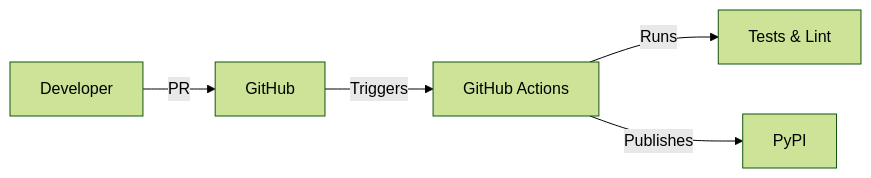
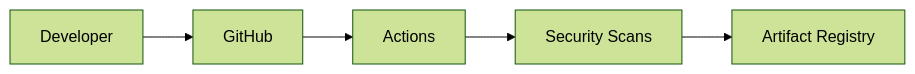
One commit to xvnpw/ai-security-analyzer changed the third of 3 diagrams in examples/github-sec-design-flask-deepseekdeepseek-r1.md. Above: the diagram before and after it, drawn with Mermaid (forest theme). The commit also changed other lines of this file and 218 other files, not shown here.

````diff
--- a/examples/github-sec-design-flask-deepseekdeepseek-r1.md
+++ b/examples/github-sec-design-flask-deepseekdeepseek-r1.md
@@ -123,7 +114,7 @@
 ```mermaid
 graph LR
-  A[Developer] -->|PR| B[GitHub]
-  B -->|Triggers| C[GitHub Actions]
-  C -->|Runs| D[Tests & Lint]
-  C -->|Publishes| E[PyPI]
+    A[Developer] --> B[GitHub]
+    B --> C[Actions]
+    C --> D[Security Scans]
+    D --> E[Artifact Registry]
 ```
````
